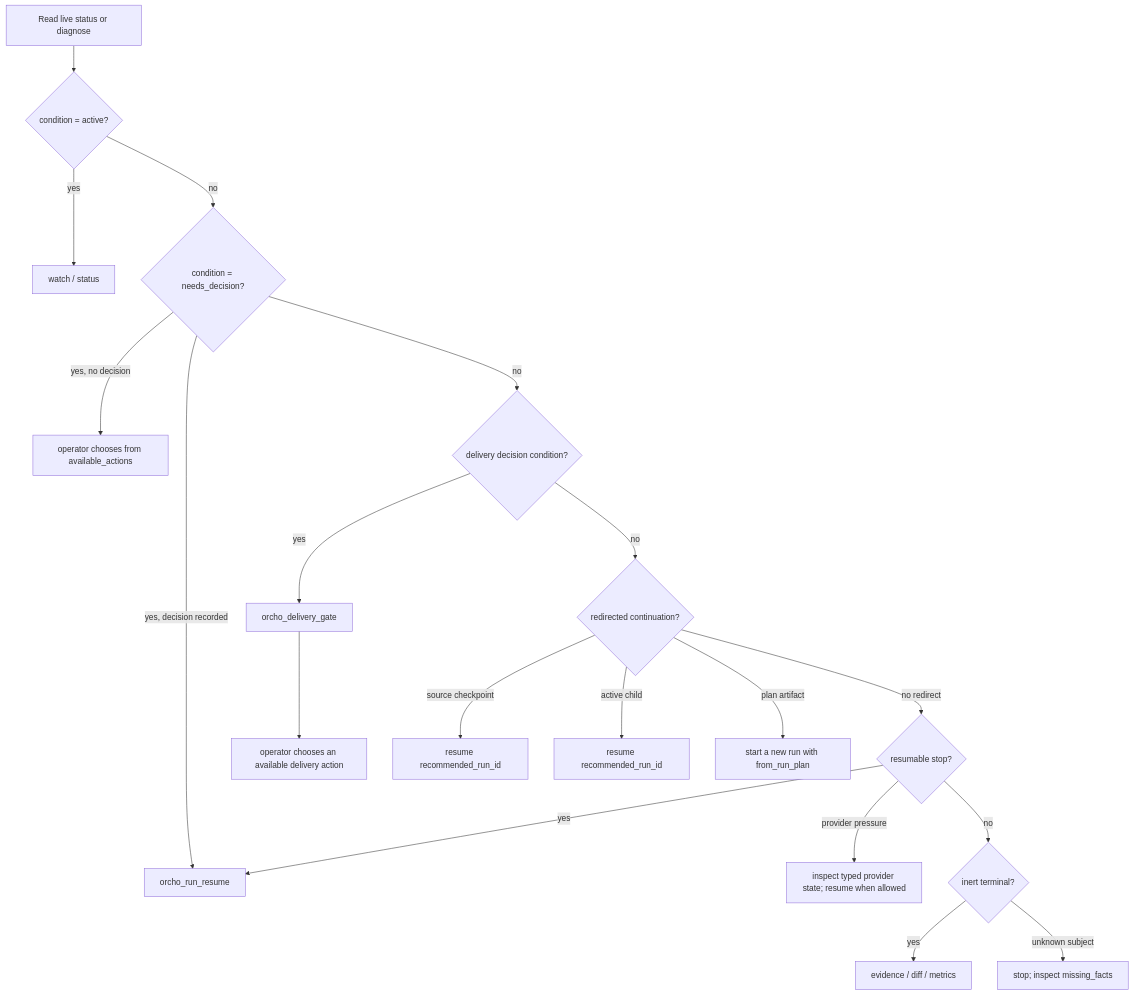
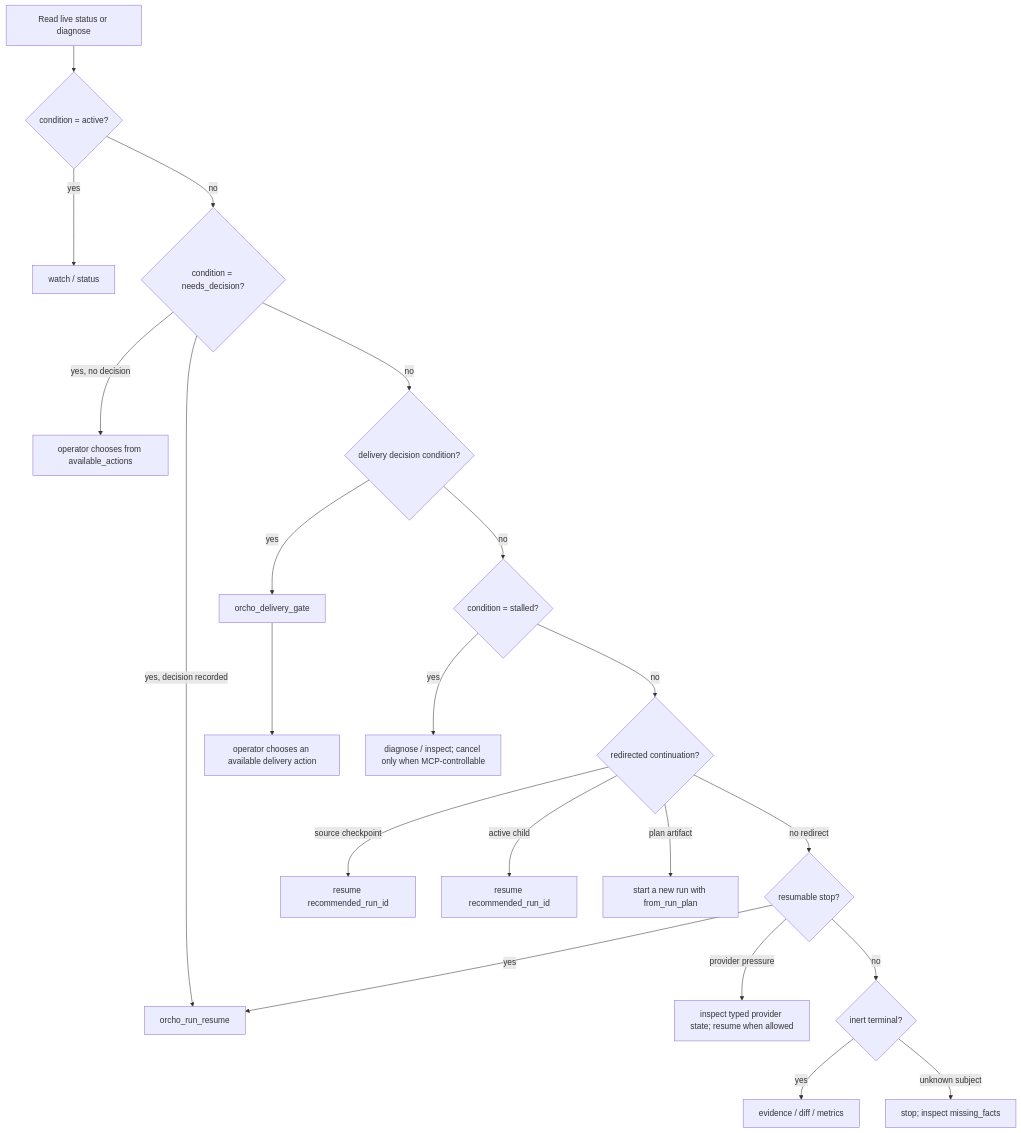
The fourth of 7 diagrams in docs/architecture/control_state_machine.md (symphos-ai/orcho-mcp), drawn with Mermaid before and after one commit. The commit also changed other lines of this file and 18 other files, not shown here.

First line of the commit message:
fix(mcp): Respect core startup stall classifications

````diff
--- a/docs/architecture/control_state_machine.md
+++ b/docs/architecture/control_state_machine.md
@@ -144,29 +144,32 @@
 ```mermaid
 flowchart TD
     Observe["Read live status or diagnose"]
     Active{"condition = active?"}
     Handoff{"condition = needs_decision?"}
     Delivery{"delivery decision condition?"}
+    Stalled{"condition = stalled?"}
     Redirect{"redirected continuation?"}
     Resumable{"resumable stop?"}
     Terminal{"inert terminal?"}
 
     Observe --> Active
     Active -->|yes| Watch["watch / status"]
     Active -->|no| Handoff
     Handoff -->|yes, no decision| Decide["operator chooses from available_actions"]
     Handoff -->|yes, decision recorded| Resume["orcho_run_resume"]
     Handoff -->|no| Delivery
     Delivery -->|yes| Gate["orcho_delivery_gate"]
     Gate --> GateDecision["operator chooses an available delivery action"]
-    Delivery -->|no| Redirect
+    Delivery -->|no| Stalled
+    Stalled -->|yes| StallInspect["diagnose / inspect; cancel only when MCP-controllable"]
+    Stalled -->|no| Redirect
     Redirect -->|source checkpoint| ResumeSource["resume recommended_run_id"]
     Redirect -->|active child| ResumeChild["resume recommended_run_id"]
     Redirect -->|plan artifact| PlanRun["start a new run with from_run_plan"]
     Redirect -->|no redirect| Resumable
     Resumable -->|yes| Resume
     Resumable -->|provider pressure| InspectWait["inspect typed provider state; resume when allowed"]
     Resumable -->|no| Terminal
     Terminal -->|yes| Inspect["evidence / diff / metrics"]
     Terminal -->|unknown subject| Stop["stop; inspect missing_facts"]
 ```
````
